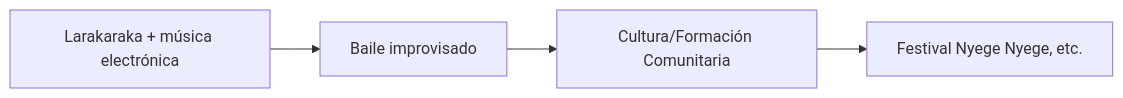
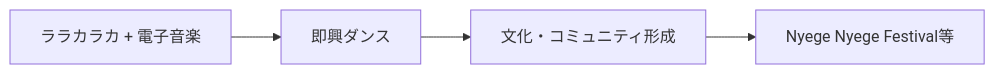
Before and after one commit to monumental-movement/monumental-movement.github.io: the fourth of 6 diagrams in es/_posts/2025-10-04-Column-Nyege-Nyege.md, drawn with Mermaid. The commit also changed other lines of this file and 299 other files, not shown here.

```diff
--- a/es/_posts/2025-10-04-Column-Nyege-Nyege.md
+++ b/es/_posts/2025-10-04-Column-Nyege-Nyege.md
@@ -211,8 +211,8 @@
 <div class="mermaid">
 
 flowchart LR
-    Music["Larakaraka + música electrónica"] --> Dance["Baile improvisado"]
-    Dance --> Community["Cultura/Formación Comunitaria"]
-    Community --> Festivals["Festival Nyege Nyege, etc."]
+    Music["ララカラカ + 電子音楽"] --> Dance["即興ダンス"]
+    Dance --> Community["文化・コミュニティ形成"]
+    Community --> Festivals["Nyege Nyege Festival等"]
 
 </div>
```
